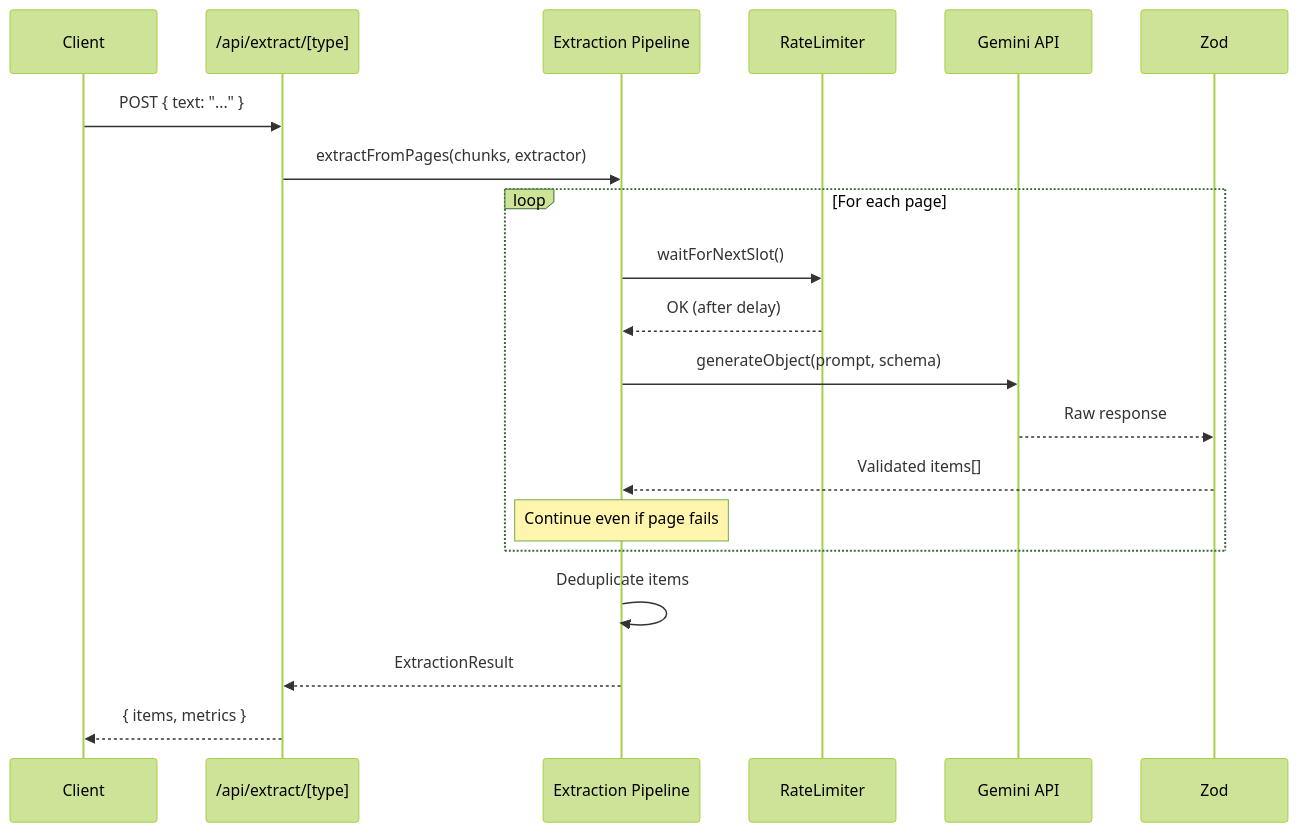
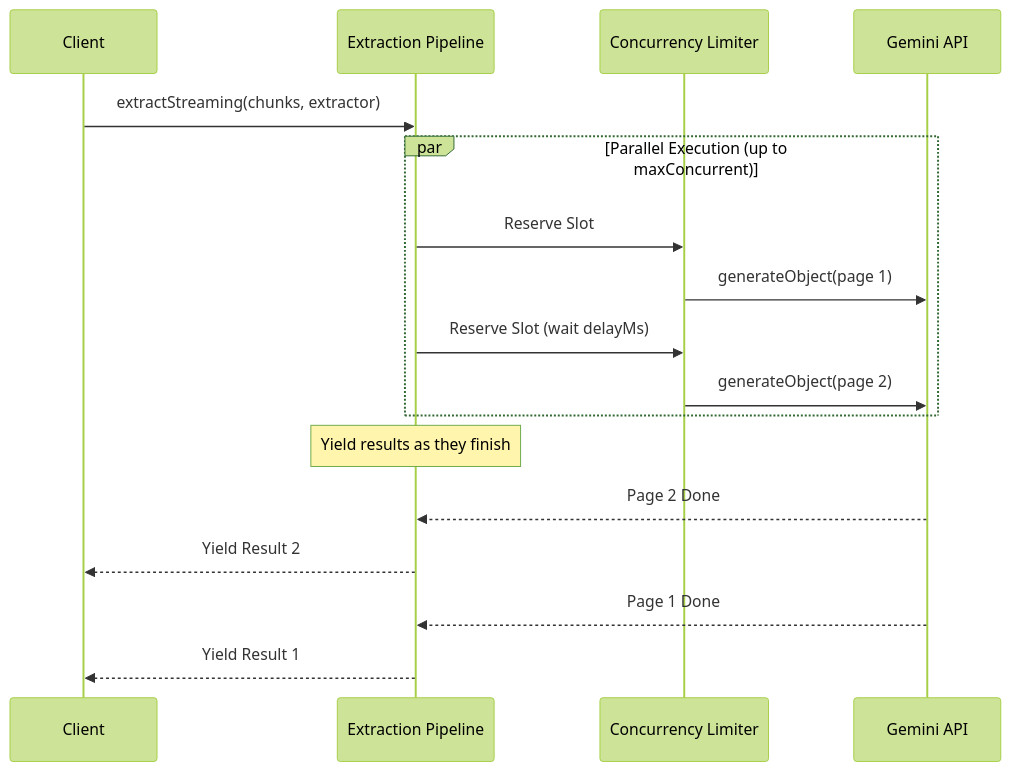
One commit to ChainSpark-Global-LLC/chainspark-oss changed the second of 4 diagrams in patterns/resilient-extraction/README.md. Above: the diagram before and after it, drawn with Mermaid (forest theme). The commit also changed other lines of this file and 1 other file, not shown here.

Commit message:
docs: update READMEs and diagrams for parallel/streaming patterns

````diff
--- a/patterns/resilient-extraction/README.md
+++ b/patterns/resilient-extraction/README.md
@@ -52,25 +54,22 @@
 ```mermaid
 sequenceDiagram
     participant Client
-    participant API as /api/extract/[type]
     participant Pipeline as Extraction Pipeline
-    participant RateLimiter
+    participant Limiter as Concurrency Limiter
     participant LLM as Gemini API
-    participant Zod
     
-    Client->>API: POST { text: "..." }
-    API->>Pipeline: extractFromPages(chunks, extractor)
+    Client->>Pipeline: extractStreaming(chunks, extractor)
     
-    loop For each page
-        Pipeline->>RateLimiter: waitForNextSlot()
-        RateLimiter-->>Pipeline: OK (after delay)
-        Pipeline->>LLM: generateObject(prompt, schema)
-        LLM-->>Zod: Raw response
-        Zod-->>Pipeline: Validated items[]
-        Note over Pipeline: Continue even if page fails
+    par Parallel Execution (up to maxConcurrent)
+        Pipeline->>Limiter: Reserve Slot
+        Limiter->>LLM: generateObject(page 1)
+        Pipeline->>Limiter: Reserve Slot (wait delayMs)
+        Limiter->>LLM: generateObject(page 2)
     end
     
-    Pipeline->>Pipeline: Deduplicate items
-    Pipeline-->>API: ExtractionResult
-    API-->>Client: { items, metrics }
+    Note over Pipeline: Yield results as they finish
+    LLM-->>Pipeline: Page 2 Done
+    Pipeline-->>Client: Yield Result 2
+    LLM-->>Pipeline: Page 1 Done
+    Pipeline-->>Client: Yield Result 1
 ```
````
